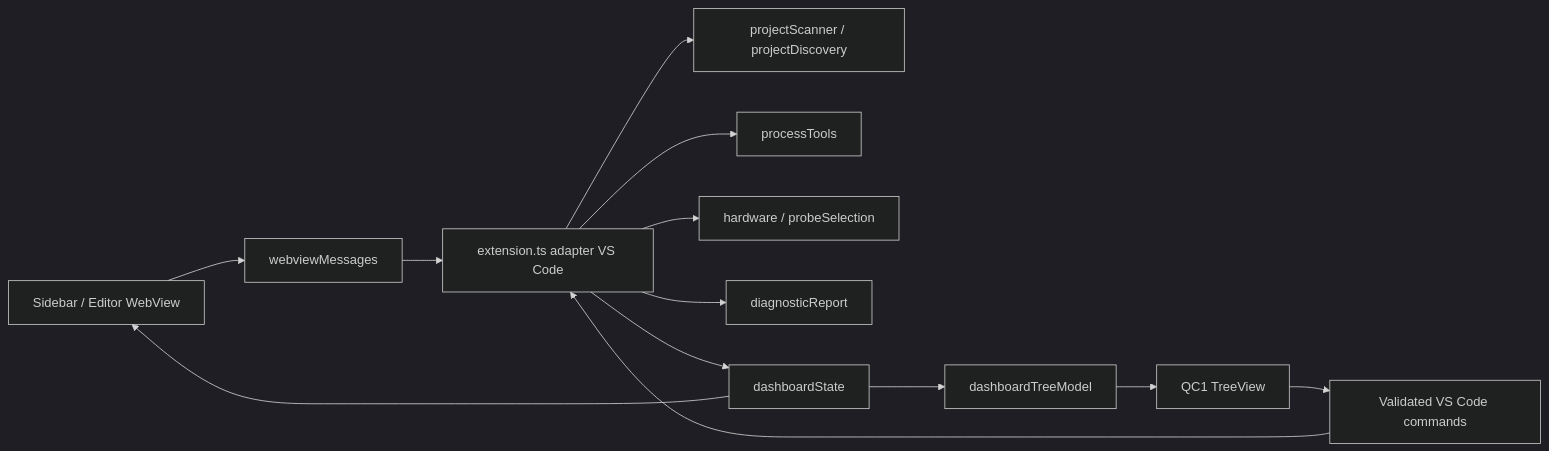
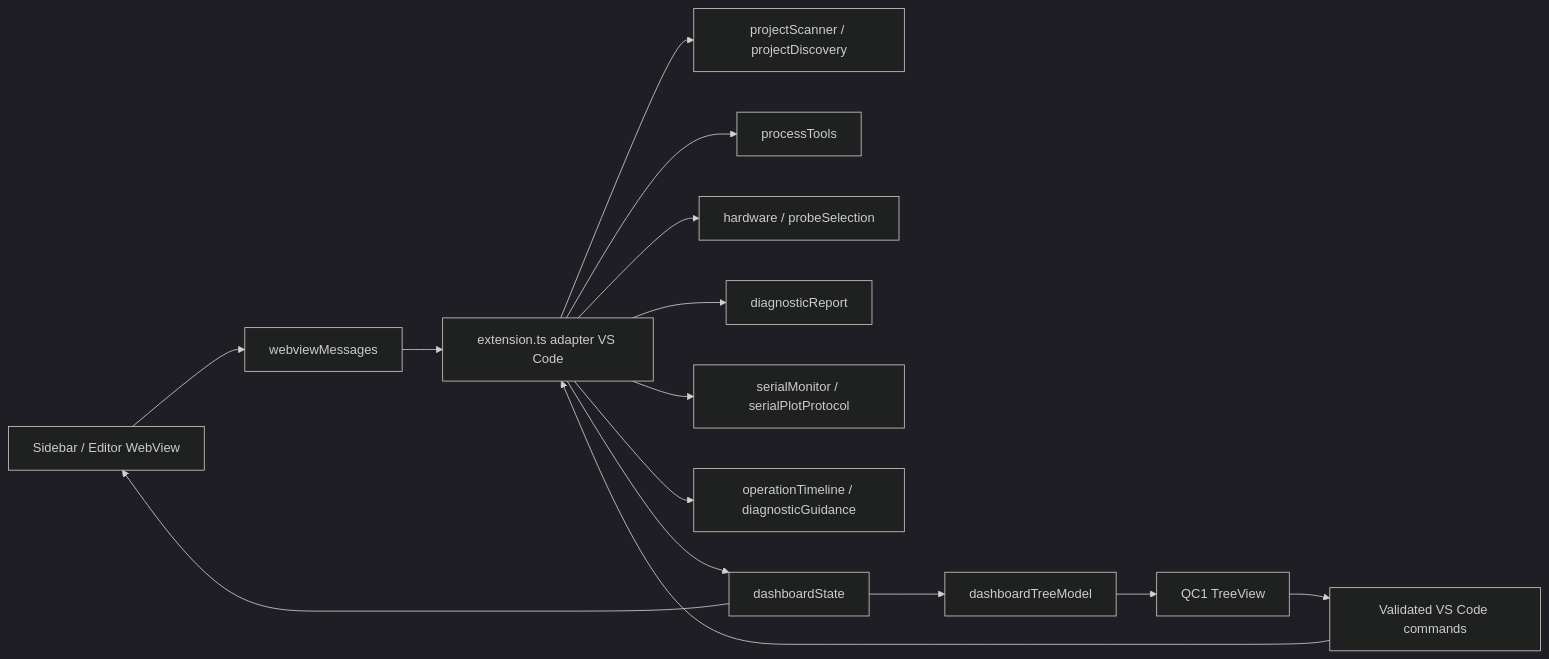
One commit to mistral400/qc1-stm32-tools changed the diagram in qc1-vscode/docs/ARCHITECTURE.md. Above: the diagram before and after it, drawn with Mermaid (dark theme). The commit also changed other lines of this file and 30 other files, not shown here.

Commit message:
feat(qc1): add UART monitor and timeline for 0.4.7

````diff
--- a/qc1-vscode/docs/ARCHITECTURE.md
+++ b/qc1-vscode/docs/ARCHITECTURE.md
@@ -5,15 +5,17 @@
 ```mermaid
 flowchart LR
   UI[Sidebar / Editor WebView] --> BRIDGE[webviewMessages]
   BRIDGE --> HOST[extension.ts adapter VS Code]
   TREE[QC1 TreeView] --> TREECMD[Validated VS Code commands]
   TREECMD --> HOST
   HOST --> PROJECT[projectScanner / projectDiscovery]
   HOST --> PROCESS[processTools]
   HOST --> HW[hardware / probeSelection]
   HOST --> REPORT[diagnosticReport]
+  HOST --> UART[serialMonitor / serialPlotProtocol]
+  HOST --> HISTORY[operationTimeline / diagnosticGuidance]
   HOST --> STATE[dashboardState]
   STATE --> UI
   STATE --> TREEMODEL[dashboardTreeModel]
   TREEMODEL --> TREE
 ```
````
